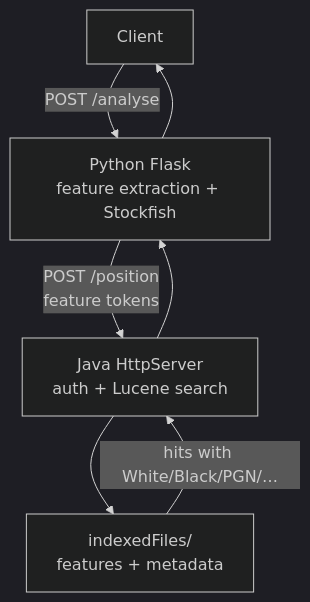
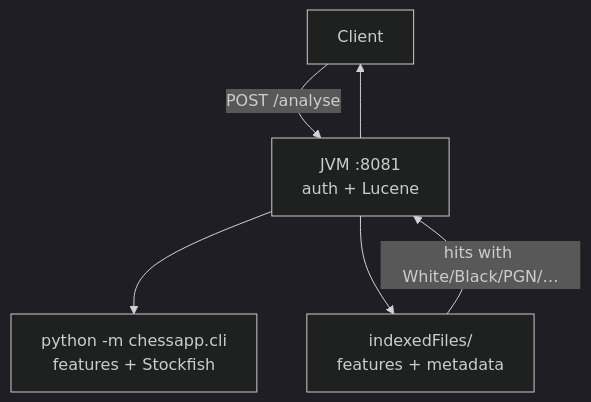
The third of 5 diagrams in docs/ARCHITECTURE.md (zigamedved/ziga-chess), drawn with Mermaid (dark theme) before and after one commit. The commit also changed other lines of this file and 14 other files, not shown here.

````diff
--- a/docs/ARCHITECTURE.md
+++ b/docs/ARCHITECTURE.md
@@ -80,14 +81,13 @@
 ```mermaid
 flowchart TB
   Client["Client"]
-  Py["Python Flask<br/>feature extraction + Stockfish"]
-  Java["Java HttpServer<br/>auth + Lucene search"]
+  Java["JVM :8081<br/>auth + Lucene"]
+  CLI["python -m chessapp.cli<br/>features + Stockfish"]
   Idx["indexedFiles/<br/>features + metadata"]
 
-  Client -->|"POST /analyse"| Py
-  Py -->|"POST /position<br/>feature tokens"| Java
+  Client -->|"POST /analyse"| Java
+  Java --> CLI
   Java --> Idx
   Idx -->|"hits with White/Black/PGN/…"| Java
-  Java --> Py
-  Py --> Client
+  Java --> Client
 ```
````
